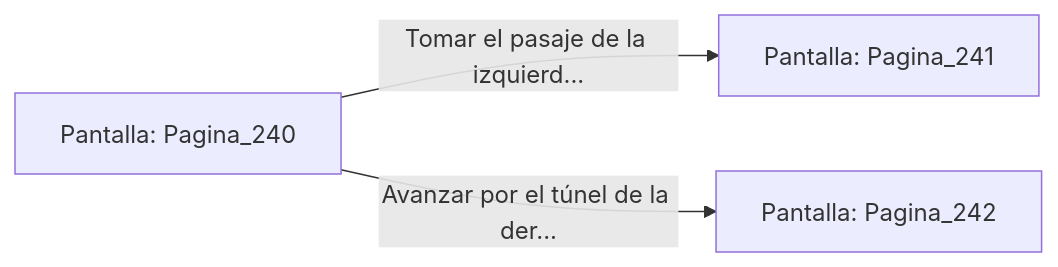
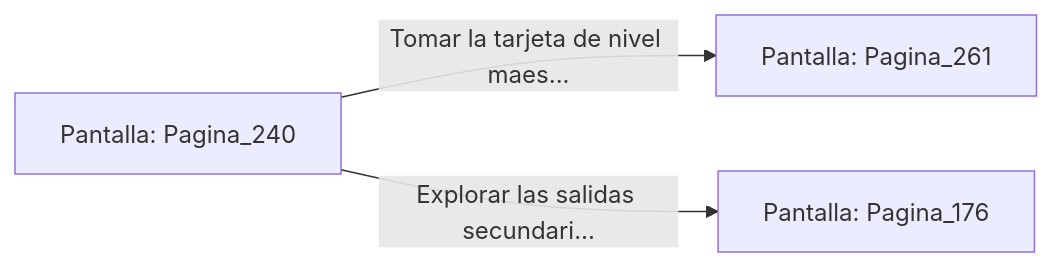
Before and after one commit to metsuke/mpl: the diagram in sample/eligejuego-vault/Pantalla_Pagina_240.md, drawn with Mermaid. The commit also changed other lines of this file and 635 other files, not shown here.

First line of the commit message:
fix: añadir Pagina_1 como pantalla inicial en capitulo_01.mpl

````diff
--- a/sample/eligejuego-vault/Pantalla_Pagina_240.md
+++ b/sample/eligejuego-vault/Pantalla_Pagina_240.md
@@ -20,6 +22,6 @@
 ```mermaid
 graph LR
     P_Pagina_240["Pantalla: Pagina_240"]
-    P_Pagina_240 -->|"Tomar el pasaje de la izquierd..."| P_Pagina_241["Pantalla: Pagina_241"]
-    P_Pagina_240 -->|"Avanzar por el túnel de la der..."| P_Pagina_242["Pantalla: Pagina_242"]
+    P_Pagina_240 -->|"Tomar la tarjeta de nivel maes..."| P_Pagina_261["Pantalla: Pagina_261"]
+    P_Pagina_240 -->|"Explorar las salidas secundari..."| P_Pagina_176["Pantalla: Pagina_176"]
 ```
````
